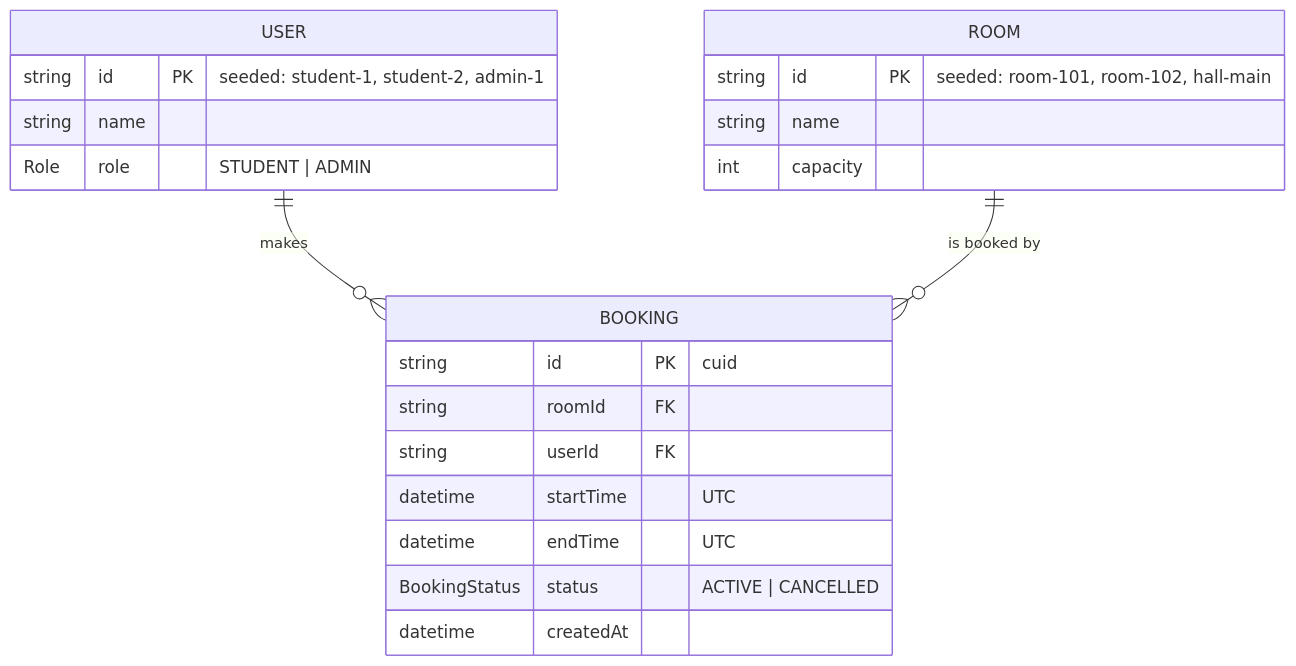
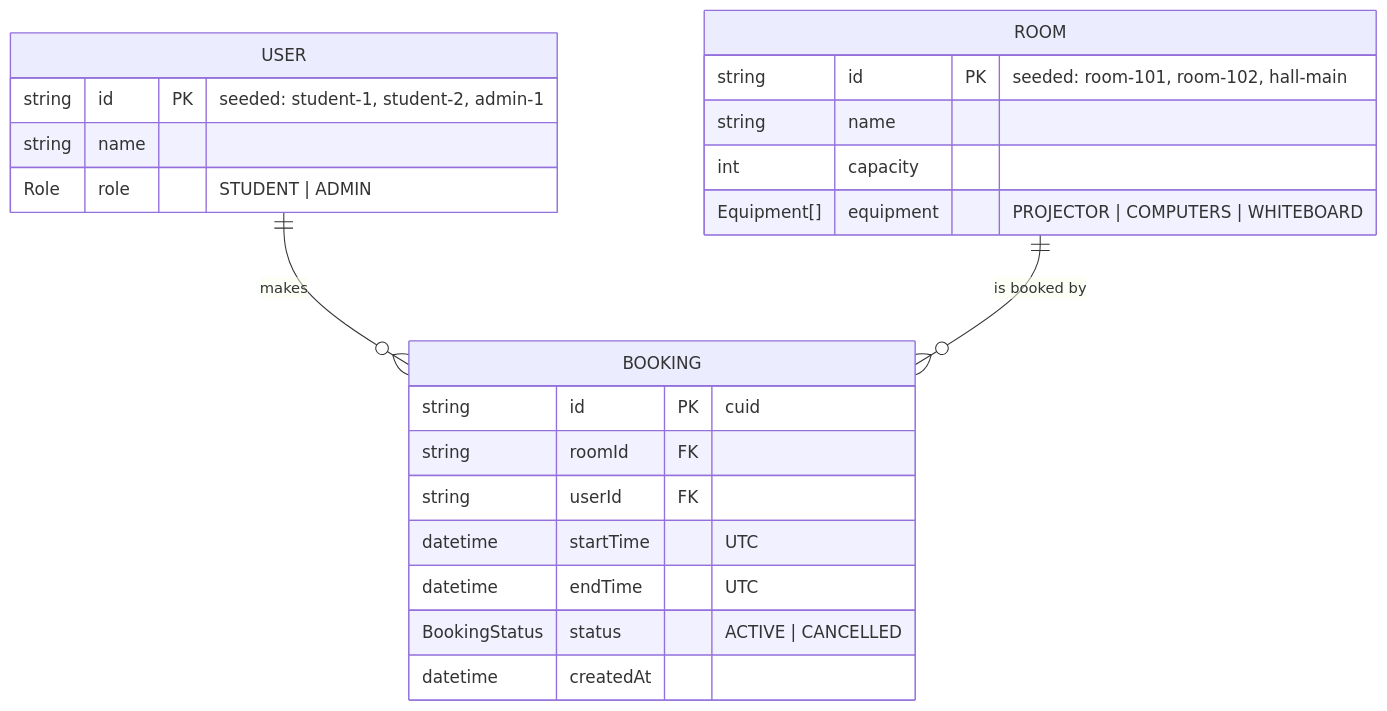
Before and after one commit to kulakdev/knu-krpp-group: the first of 3 diagrams in docs/domain-model.md, drawn with Mermaid. The commit also changed other lines of this file and 6 other files, not shown here.

Commit message:
BOOK-38: room equipment schema, migration and seed

````diff
--- a/docs/domain-model.md
+++ b/docs/domain-model.md
@@ -5,25 +5,26 @@
 ```mermaid
 erDiagram
     USER ||--o{ BOOKING : makes
     ROOM ||--o{ BOOKING : "is booked by"
 
     USER {
         string id PK "seeded: student-1, student-2, admin-1"
         string name
         Role   role "STUDENT | ADMIN"
     }
     ROOM {
         string id PK "seeded: room-101, room-102, hall-main"
         string name
         int    capacity
+        Equipment[] equipment "PROJECTOR | COMPUTERS | WHITEBOARD"
     }
     BOOKING {
         string id PK "cuid"
         string roomId FK
         string userId FK
         datetime startTime "UTC"
         datetime endTime "UTC"
         BookingStatus status "ACTIVE | CANCELLED"
         datetime createdAt
     }
 ```
````
